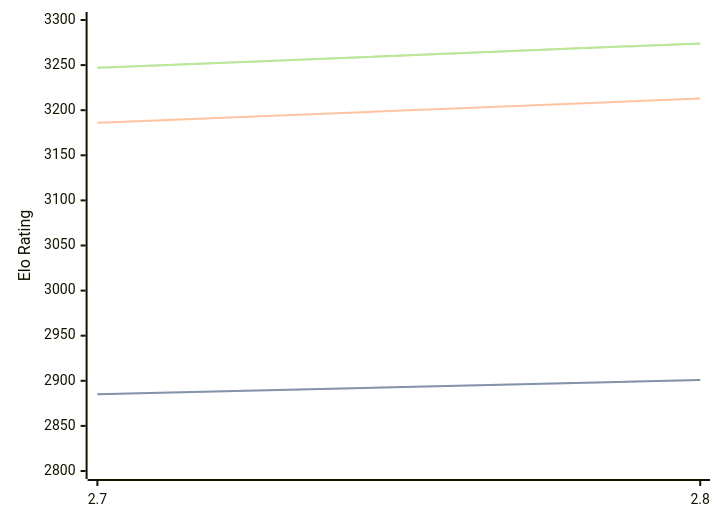
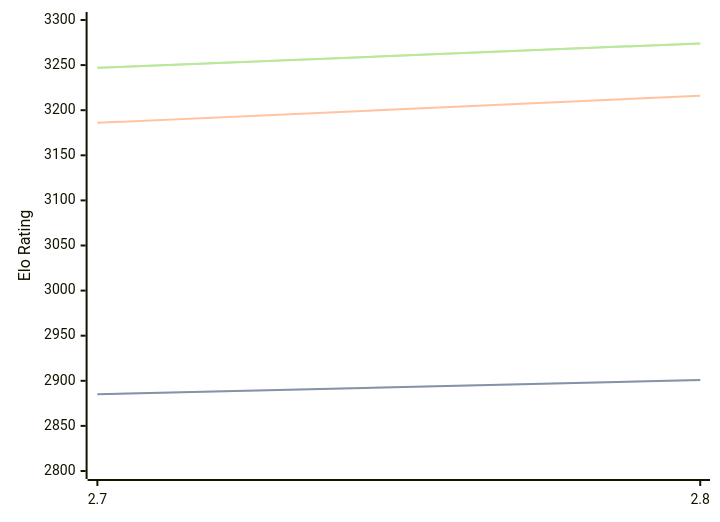
One commit to computer-chess-index/cci changed the first of 3 diagrams in engines/Arcanum.md. Above: the diagram before and after it, drawn with Mermaid. The commit also changed other lines of this file, not shown here.

````diff
--- a/engines/Arcanum.md
+++ b/engines/Arcanum.md
@@ -44,11 +44,11 @@
 ```mermaid
 %%{init: {"theme":"base","themeVariables":{"seriesColors:['#a3a3a3','#222221','#faa371']}}}%%
 xychart-beta
   x-axis ["2.7", "2.8"]
   y-axis "Elo Rating" 2800 --> 3300
   line "STC (8.0+0.08s)" [2885, 2901]
   line "STC (8.0+0.08s)" [2885, 2901]
-  line "LTC (60.0+0.60s)" [3186, 3213]
+  line "LTC (60.0+0.60s)" [3186, 3216]
   line "VLTC (2m24s+1.12s)" [3247, 3274]
   line "VLTC (2m24s+1.12s)" [3247, 3274]
 ```
````
